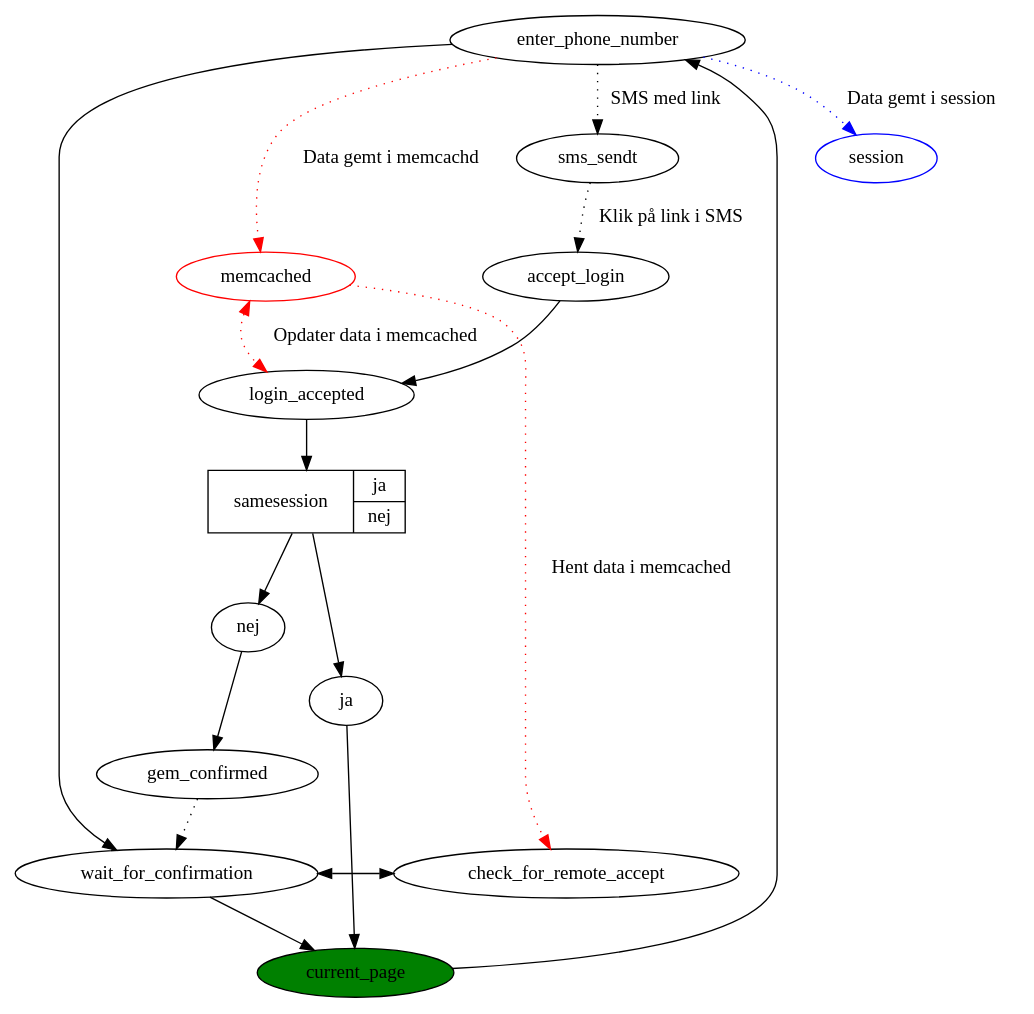
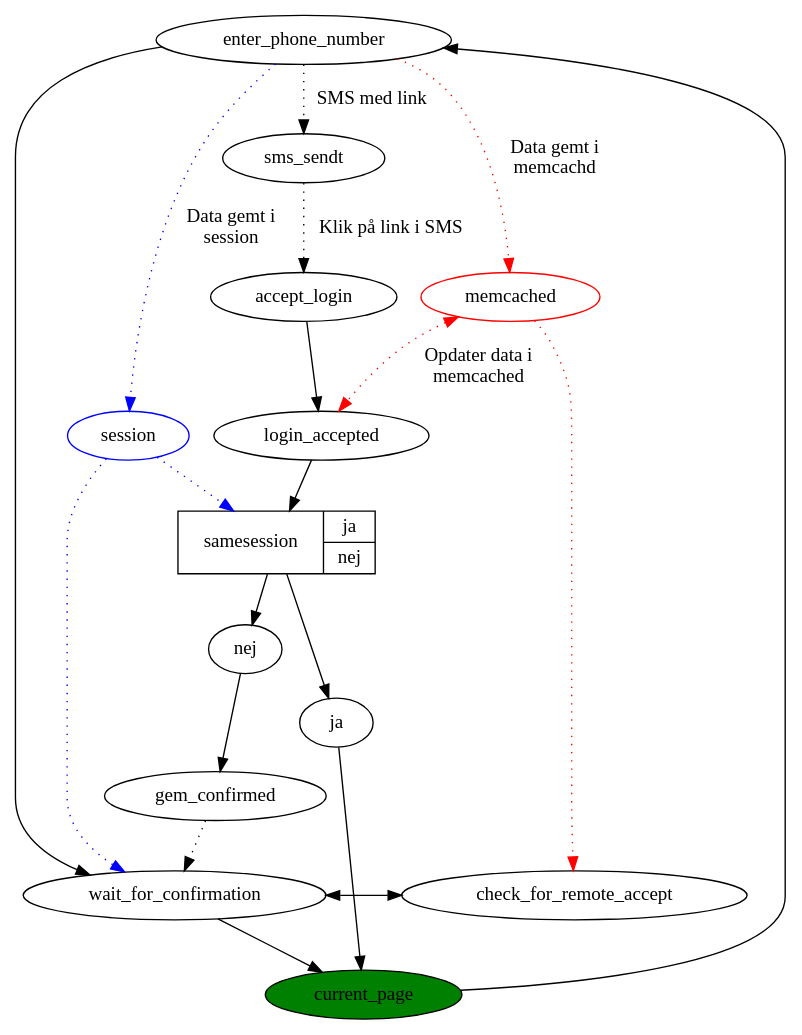
Before and after one commit to alslug/alslug.dk: the diagram in projekter/sms-login.dot, drawn with Graphviz.

```diff
--- a/projekter/sms-login.dot
+++ b/projekter/sms-login.dot
@@ -1,49 +1,51 @@
 digraph xxx {
   {
     edge [ color=red style=dotted ];
 ////////////////////////////////////////////////////////////////////////////////////////////
-    enter_phone_number -> memcached [ label="Data gemt i memcachd"]; /////
+    enter_phone_number -> memcached [ label="Data gemt i \nmemcachd"]; /////
                           memcached [ color = red ];
-                          memcached -> check_for_remote_accept [ label = "Hent data i memcached"];
-                          memcached -> login_accepted [ label = "Opdater data i memcached" dir=both ];
+                          memcached -> check_for_remote_accept;
+                          memcached -> login_accepted [ label = "Opdater data i \nmemcached" dir=both ];
 ////////////////////////////////////////////////////////////////////////////////////////////
   }
   {
     edge [ color=blue style=dotted ];
 ////////////////////////////////////////////////////////////////////////////////////////////
-        enter_phone_number -> session [ label="Data gemt i session"];    /////
-                          session [ color = blue ];
+        enter_phone_number -> session [ label="Data gemt i \nsession"];    /////
+                              session [ color = blue ];
+                              session -> wait_for_confirmation;
+                              session -> same_session;
 ////////////////////////////////////////////////////////////////////////////////////////////
   }
   {
     rank = same;
     wait_for_confirmation; check_for_remote_accept;
 ////////////////////////////////////////////////////////////////////////////////////////////
               wait_for_confirmation -> check_for_remote_accept [ dir=both ];           /////
 ////////////////////////////////////////////////////////////////////////////////////////////
   }
   same_session [ shape=record label="samesession|{<ja> ja|<nej> nej}" ];
   current_page [ style=filled fillcolor=green ];
   current_page ->
         enter_phone_number ->
               wait_for_confirmation ->
                     current_page;
 ////////////////////////////////////////////////////////////////////////////////////////////
         enter_phone_number -> sms_sendt [ style= dotted label="SMS med link"];         /////
 ////////////////////////////////////////////////////////////////////////////////////////////
   sms_sendt ->
         accept_login [ style=dotted label="Klik på link i SMS" ];
         accept_login ->
               login_accepted->
                     same_session;
 
                     same_session -> {ja,nej};
                           ja ->
                                 current_page;
                           nej ->
                                 gem_confirmed;
 ////////////////////////////////////////////////////////////////////////////////////////////
                                 gem_confirmed ->                                       /////
                                       wait_for_confirmation [ style=dotted ];          /////
 ////////////////////////////////////////////////////////////////////////////////////////////
 }
```
